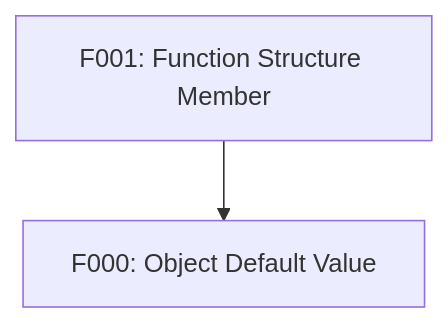
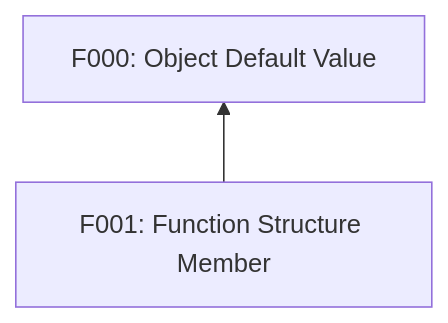
The diagram in features/func_in_struct.md (cx-prog-lang/.github), drawn with Mermaid before and after one commit.

````diff
--- a/features/func_in_struct.md
+++ b/features/func_in_struct.md
@@ -110,6 +110,6 @@
 ```mermaid
-graph TD;
+graph BT;
   f000["F000: Object Default Value"]
   f001["F001: Function Structure Member"]
   f001 --> f000
 ```
````
